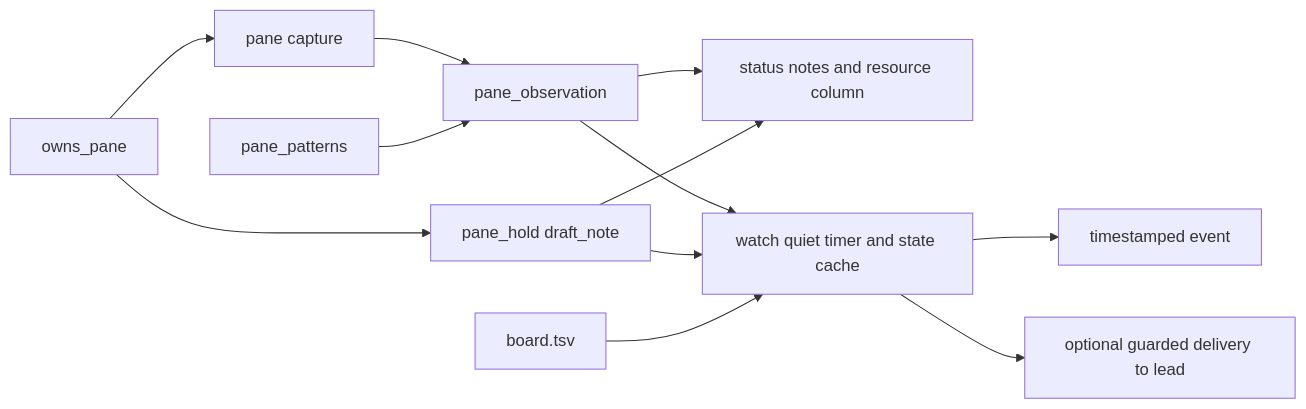
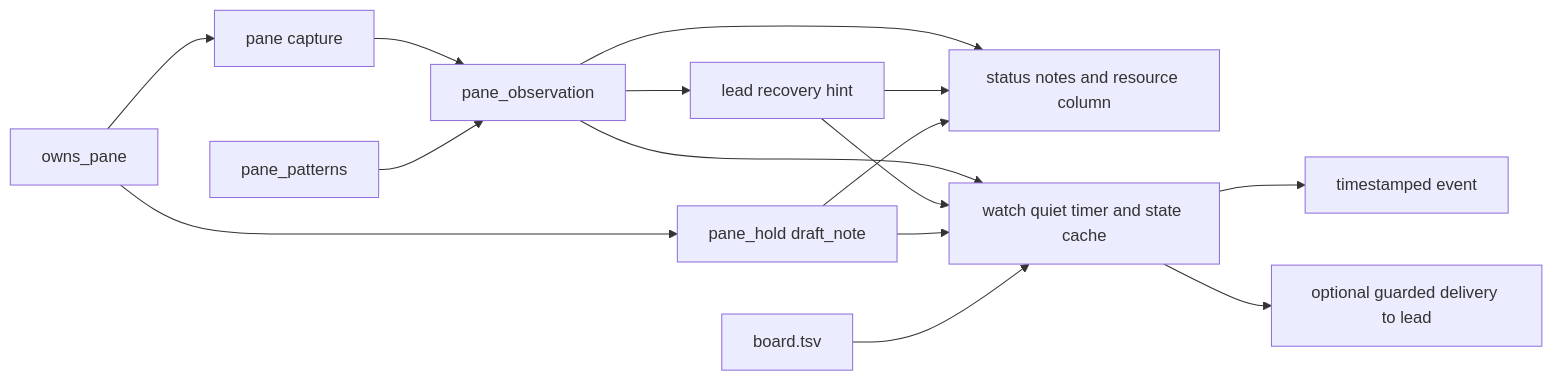
One commit to mifwar/crew changed the diagram in lode/cli/watch.md. Above: the diagram before and after it, drawn with Mermaid. The commit also changed other lines of this file and 5 other files, not shown here.

Commit message:
watch: add lead recovery hints

````diff
--- a/lode/cli/watch.md
+++ b/lode/cli/watch.md
@@ -50,13 +54,16 @@
 ```mermaid
 flowchart LR
   owned[owns_pane] --> capture[pane capture] --> observe[pane_observation]
   table[pane_patterns] --> observe
   owned --> hold[pane_hold draft_note]
   observe --> status[status notes and resource column]
+  observe --> leadHint[lead recovery hint]
+  leadHint --> status
   hold --> status
   observe --> quiet[watch quiet timer and state cache]
+  leadHint --> quiet
   hold --> quiet
   board[board.tsv] --> quiet
   quiet --> stdout[timestamped event]
   quiet --> deliver[optional guarded delivery to lead]
 ```
````
